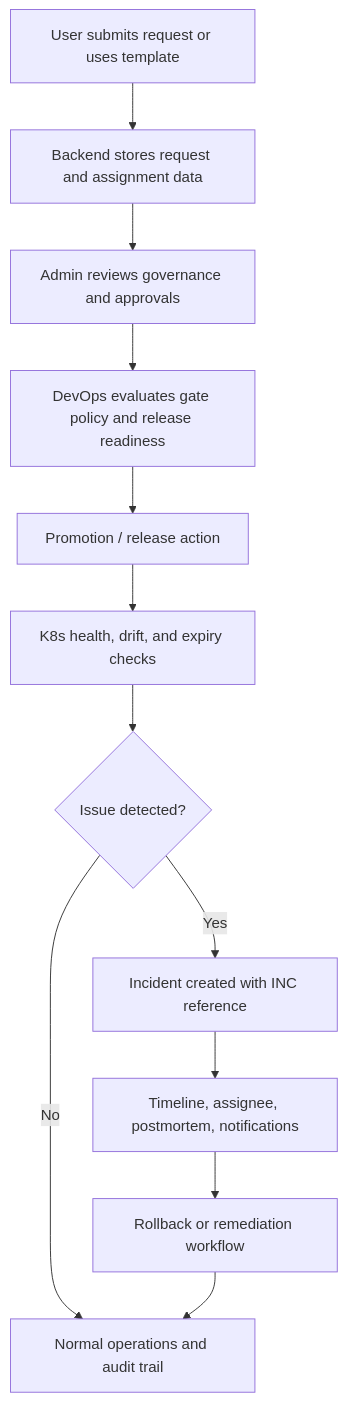
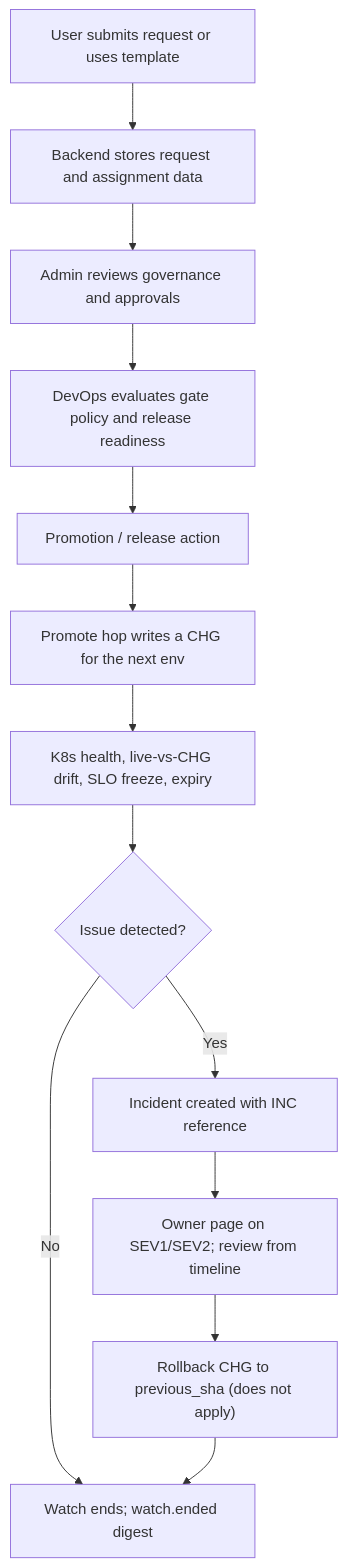
The second of 4 diagrams in docs/ARCHITECTURE.md (shashank3656/devops_project), drawn with Mermaid before and after one commit. The commit also changed other lines of this file and 2 other files, not shown here.

````diff
--- a/docs/ARCHITECTURE.md
+++ b/docs/ARCHITECTURE.md
@@ -71,14 +71,15 @@
 ```mermaid
 flowchart TD
     A["User submits request or uses template"] --> B["Backend stores request and assignment data"]
     B --> C["Admin reviews governance and approvals"]
     C --> D["DevOps evaluates gate policy and release readiness"]
     D --> E["Promotion / release action"]
-    E --> F["K8s health, drift, and expiry checks"]
+    E --> E2["Promote hop writes a CHG for the next env"]
+    E2 --> F["K8s health, live-vs-CHG drift, SLO freeze, expiry"]
     F --> G{"Issue detected?"}
-    G -- "No" --> H["Normal operations and audit trail"]
+    G -- "No" --> H["Watch ends; watch.ended digest"]
     G -- "Yes" --> I["Incident created with INC reference"]
-    I --> J["Timeline, assignee, postmortem, notifications"]
-    J --> K["Rollback or remediation workflow"]
+    I --> J["Owner page on SEV1/SEV2; review from timeline"]
+    J --> K["Rollback CHG to previous_sha (does not apply)"]
     K --> H
 ```
````
